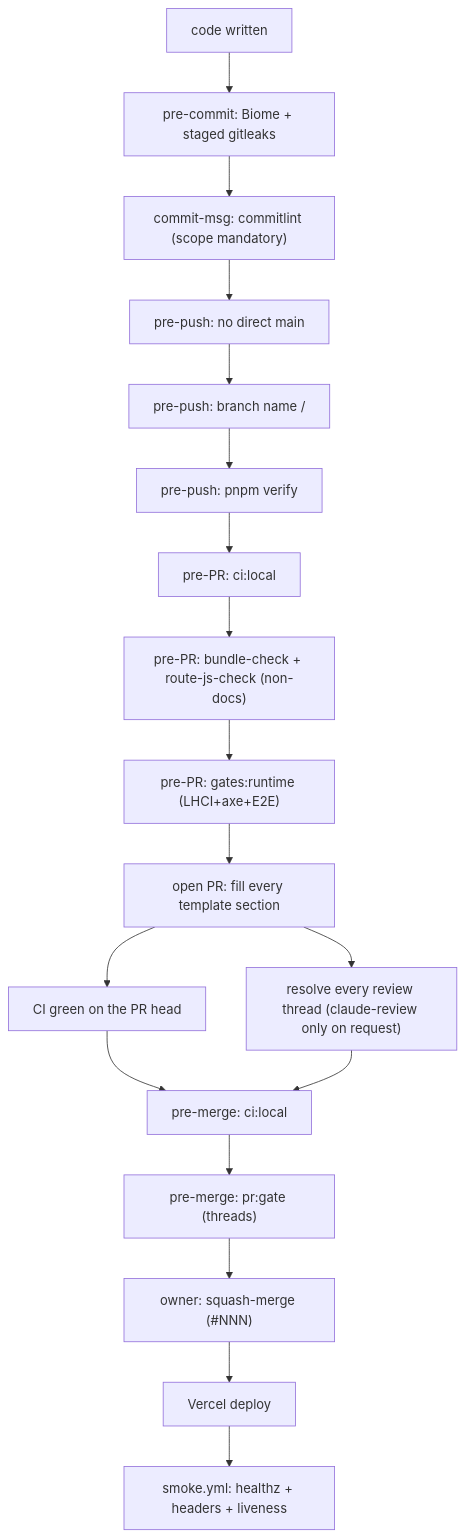
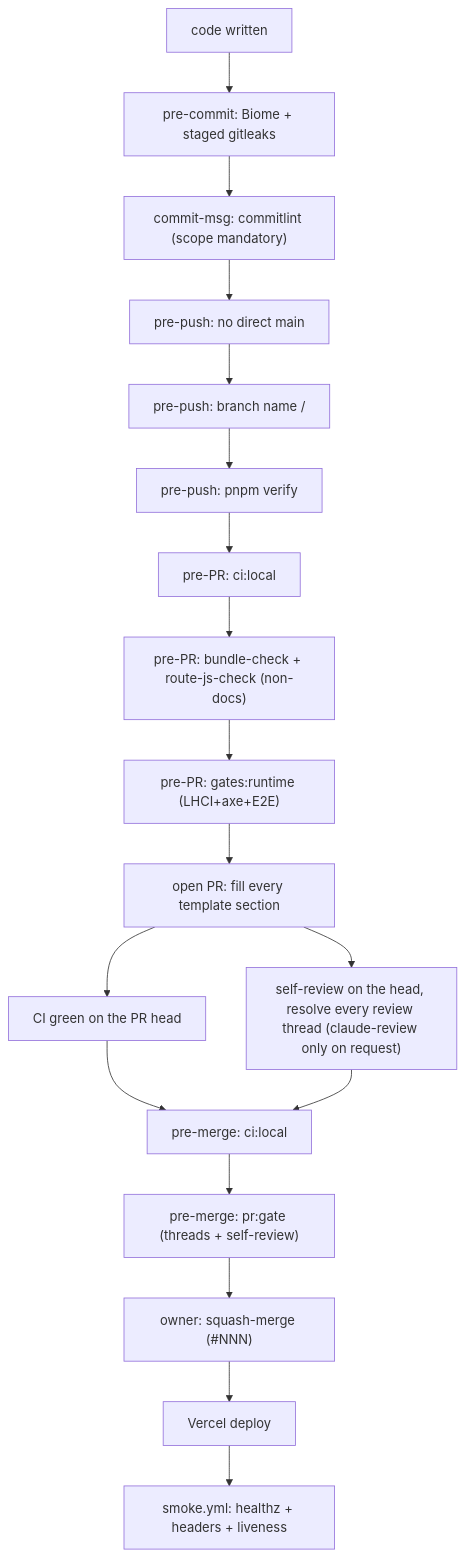
One commit to erikunha/portfolio changed the first of 2 diagrams in docs/handbook/review-merge-release.md. Above: the diagram before and after it, drawn with Mermaid. The commit also changed other lines of this file and 14 other files, not shown here.

````diff
--- a/docs/handbook/review-merge-release.md
+++ b/docs/handbook/review-merge-release.md
@@ -7,20 +7,20 @@
 ```mermaid
 flowchart TD
     write["code written"] --> c1["pre-commit: Biome + staged gitleaks"]
     c1 --> c2["commit-msg: commitlint (scope mandatory)"]
     c2 --> p1["pre-push: no direct main"]
     p1 --> p2["pre-push: branch name <type>/<desc>"]
     p2 --> p5["pre-push: pnpm verify"]
     p5 --> r1["pre-PR: ci:local"]
     r1 --> r2["pre-PR: bundle-check + route-js-check (non-docs)"]
     r2 --> r4["pre-PR: gates:runtime (LHCI+axe+E2E)"]
     r4 --> o1["open PR: fill every template section"]
     o1 --> o1b["CI green on the PR head"]
-    o1 --> o2["resolve every review thread (claude-review only on request)"]
+    o1 --> o2["self-review on the head, resolve every review thread (claude-review only on request)"]
     o1b --> m1["pre-merge: ci:local"]
     o2 --> m1
-    m1 --> m4["pre-merge: pr:gate (threads)"]
+    m1 --> m4["pre-merge: pr:gate (threads + self-review)"]
     m4 --> merge["owner: squash-merge (#NNN)"]
     merge --> deploy["Vercel deploy"]
     deploy --> smoke["smoke.yml: healthz + headers + liveness"]
 ```
````
